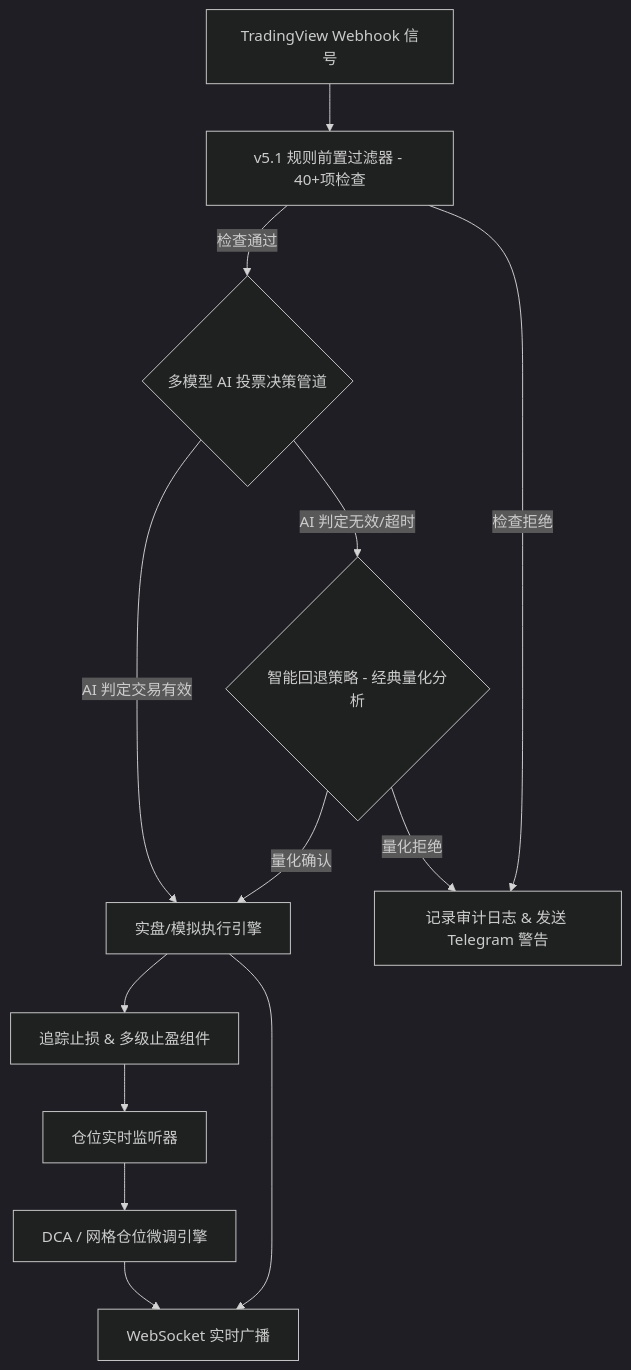
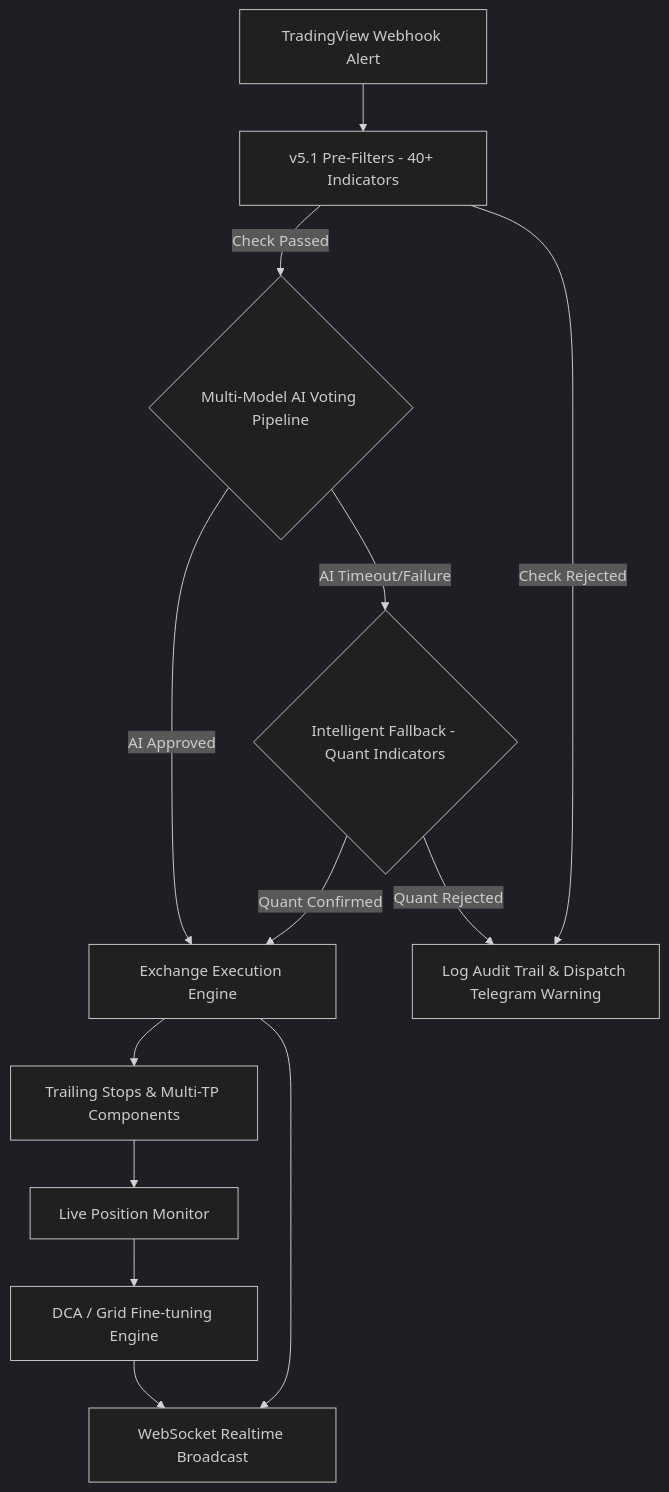
The diagram in README.md (ikun52012/QuantPilot-AI), drawn with Mermaid (dark theme) before and after one commit. The commit also changed other lines of this file and 2 other files, not shown here.

````diff
--- a/README.md
+++ b/README.md
@@ -106,18 +101,18 @@
 ```mermaid
 graph TD
-    A[TradingView Webhook 信号] --> B[v5.1 规则前置过滤器 - 40+项检查]
+    A[TradingView Webhook Alert] --> B[v5.1 Pre-Filters - 40+ Indicators]
     
-    B -->|检查通过| C{多模型 AI 投票决策管道}
-    B -->|检查拒绝| F[记录审计日志 & 发送 Telegram 警告]
+    B -->|Check Passed| C{Multi-Model AI Voting Pipeline}
+    B -->|Check Rejected| F[Log Audit Trail & Dispatch Telegram Warning]
     
-    C -->|AI 判定交易有效| D[实盘/模拟执行引擎]
-    C -->|AI 判定无效/超时| C2{智能回退策略 - 经典量化分析}
-    C2 -->|量化确认| D
-    C2 -->|量化拒绝| F
+    C -->|AI Approved| D[Exchange Execution Engine]
+    C -->|AI Timeout/Failure| C2{Intelligent Fallback - Quant Indicators}
+    C2 -->|Quant Confirmed| D
+    C2 -->|Quant Rejected| F
     
-    D --> E[追踪止损 & 多级止盈组件]
-    D --> G[WebSocket 实时广播]
-    E --> H[仓位实时监听器]
-    H --> I[DCA / 网格仓位微调引擎]
+    D --> E[Trailing Stops & Multi-TP Components]
+    D --> G[WebSocket Realtime Broadcast]
+    E --> H[Live Position Monitor]
+    H --> I[DCA / Grid Fine-tuning Engine]
     I --> G
 ```
````
